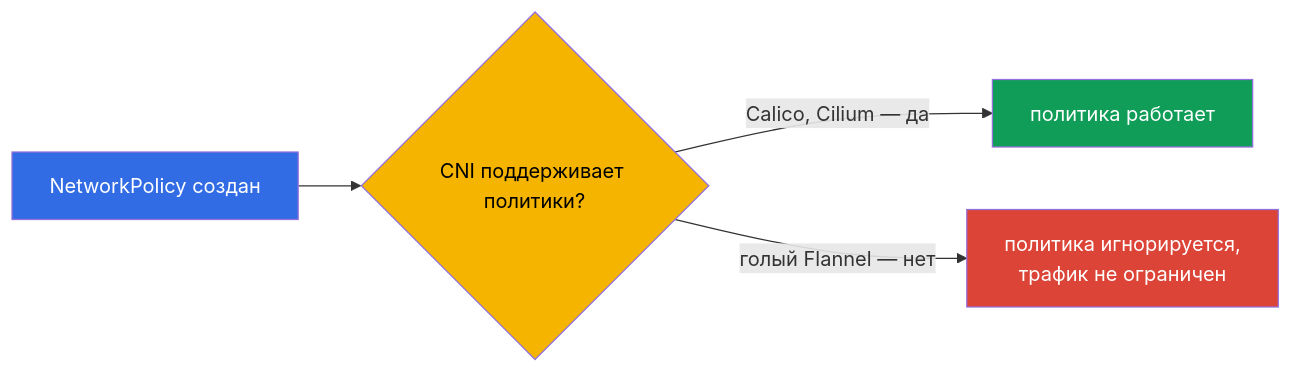
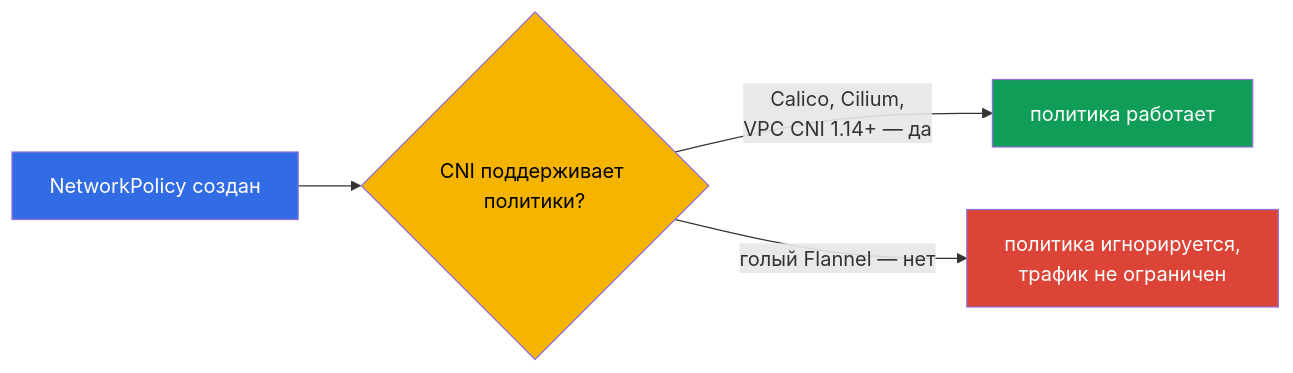
Before and after one commit to ViktorUJ/cks: the third of 6 diagrams in tasks/cka/course/34/ru.md, drawn with Mermaid. The commit also changed other lines of this file and 30 other files, not shown here.

````diff
--- a/tasks/cka/course/34/ru.md
+++ b/tasks/cka/course/34/ru.md
@@ -65,10 +64,10 @@
 ```mermaid
 flowchart LR
     np["NetworkPolicy создан"] --> cni{"CNI поддерживает политики?"}
-    cni -->|"Calico, Cilium — да"| work["политика работает"]
+    cni -->|"Calico, Cilium,<br>VPC CNI 1.14+ — да"| work["политика работает"]
     cni -->|"голый Flannel — нет"| ignore["политика игнорируется,<br>трафик не ограничен"]
     style np fill:#326ce5,color:#fff
     style cni fill:#f4b400,color:#000
     style work fill:#0f9d58,color:#fff
     style ignore fill:#db4437,color:#fff
 ```
````
